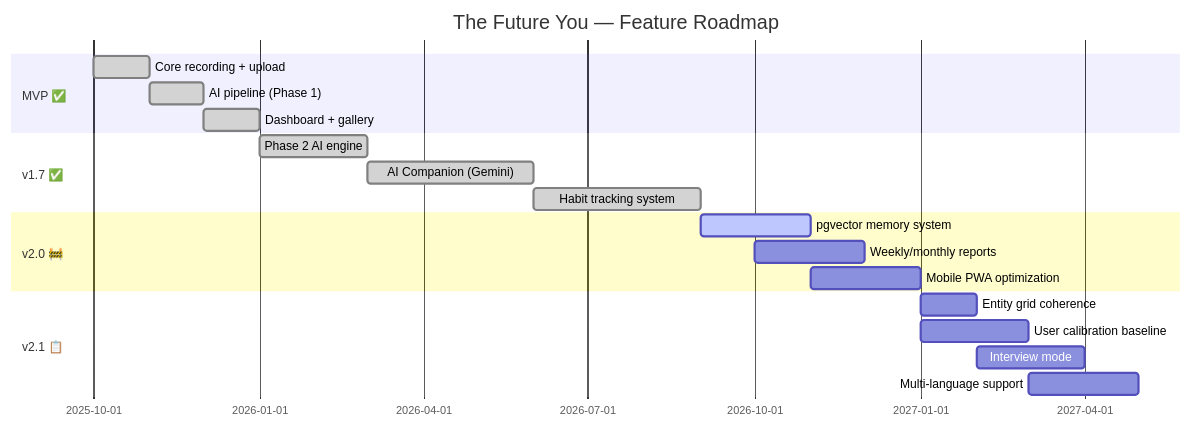
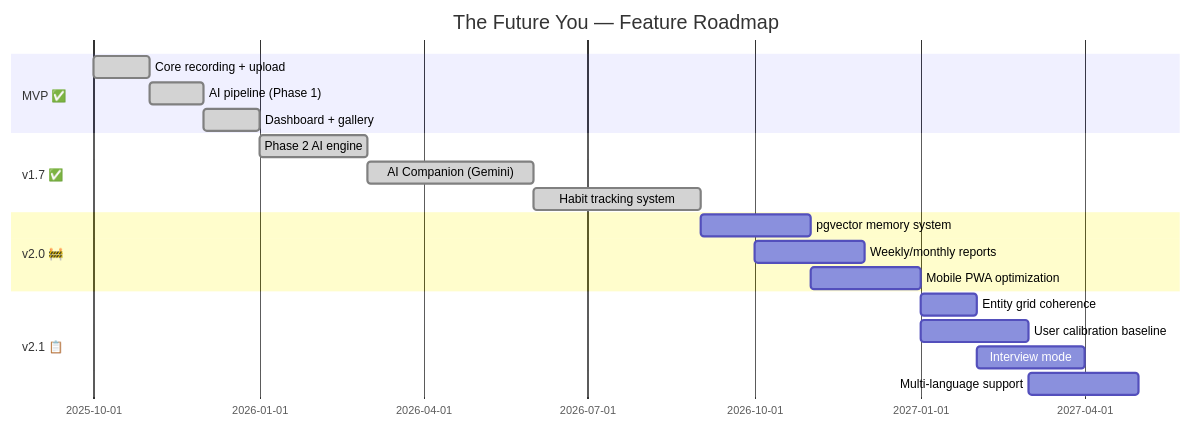
Before and after one commit to yashmagar01/The-Future-You: diagram 18 of 18 in README.md, drawn with Mermaid. The commit also changed other lines of this file and 3 other files, not shown here.

Commit message:
docs: add comprehensive memory system design guides and v2.0 roadmap documentation

````diff
--- a/README.md
+++ b/README.md
@@ -1330,22 +1339,22 @@
 ```mermaid
 gantt
     title The Future You — Feature Roadmap
     dateFormat YYYY-MM
     section MVP ✅
     Core recording + upload     :done, 2025-10, 2025-11
     AI pipeline (Phase 1)       :done, 2025-11, 2025-12
     Dashboard + gallery         :done, 2025-12, 2026-01
     section v1.7 ✅
     Phase 2 AI engine           :done, 2026-01, 2026-03
     AI Companion (Gemini)       :done, 2026-03, 2026-06
     Habit tracking system       :done, 2026-06, 2026-09
     section v2.0 🚧
-    pgvector memory system      :active, 2026-09, 2026-11
+    pgvector memory system      :2026-09, 2026-11
     Weekly/monthly reports      :2026-10, 2026-12
     Mobile PWA optimization     :2026-11, 2027-01
     section v2.1 📋
     Entity grid coherence       :2027-01, 2027-02
     User calibration baseline   :2027-01, 2027-03
     Interview mode              :2027-02, 2027-04
     Multi-language support      :2027-03, 2027-05
 ```
````
